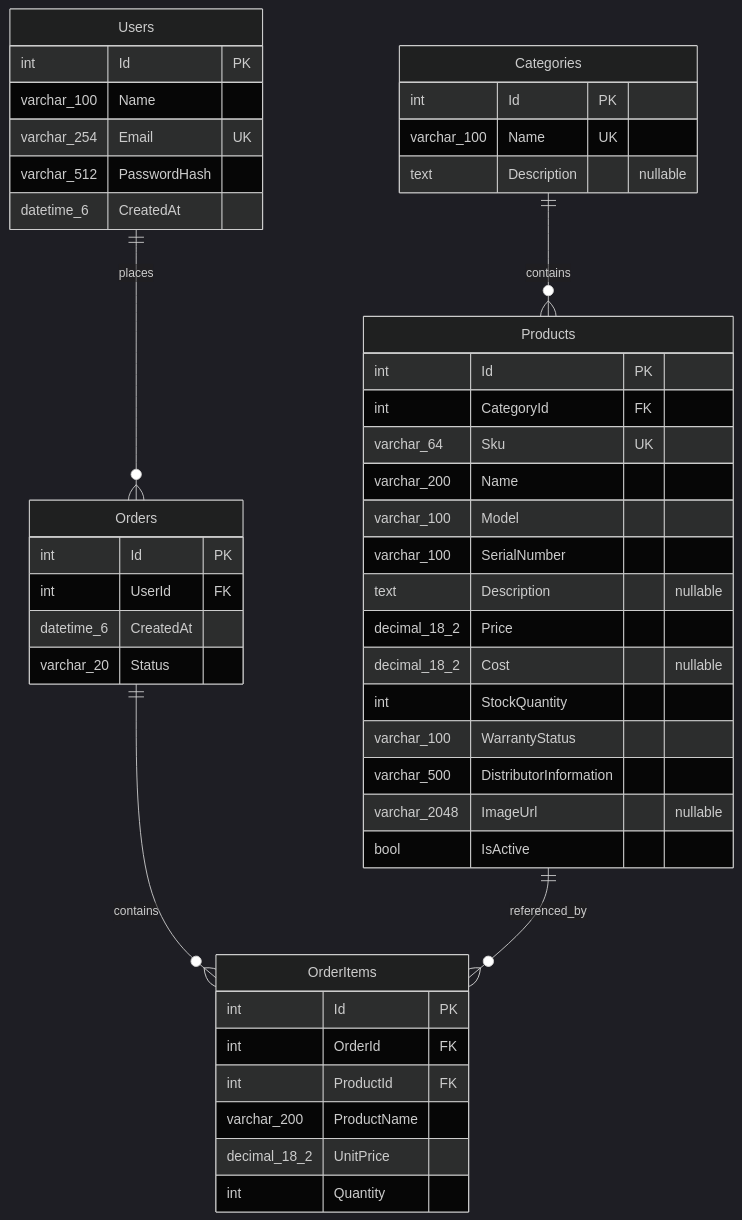
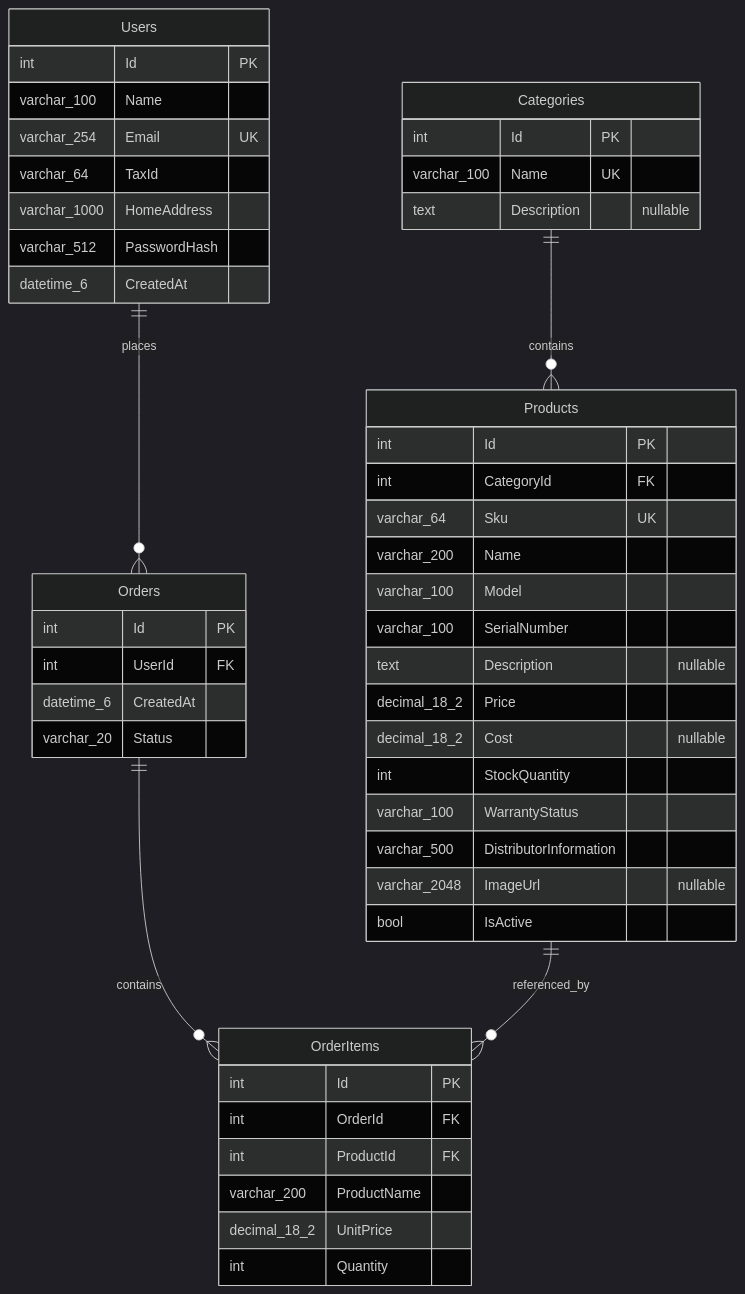
Before and after one commit to efegormus/cs308: the diagram in docs/database-schema.md, drawn with Mermaid (dark theme). The commit also changed other lines of this file and 7 other files, not shown here.

Commit message:
SCRUM-71: Add customer tax ID and home address

````diff
--- a/docs/database-schema.md
+++ b/docs/database-schema.md
@@ -14,49 +14,51 @@
 ```mermaid
 erDiagram
     Categories ||--o{ Products : contains
     Users ||--o{ Orders : places
     Orders ||--o{ OrderItems : contains
     Products ||--o{ OrderItems : referenced_by
     Categories {
         int Id PK
         varchar_100 Name UK
         text Description "nullable"
     }
     Products {
         int Id PK
         int CategoryId FK
         varchar_64 Sku UK
         varchar_200 Name
         varchar_100 Model
         varchar_100 SerialNumber
         text Description "nullable"
         decimal_18_2 Price
         decimal_18_2 Cost "nullable"
         int StockQuantity
         varchar_100 WarrantyStatus
         varchar_500 DistributorInformation
         varchar_2048 ImageUrl "nullable"
         bool IsActive
     }
     Users {
         int Id PK
         varchar_100 Name
         varchar_254 Email UK
+        varchar_64 TaxId
+        varchar_1000 HomeAddress
         varchar_512 PasswordHash
         datetime_6 CreatedAt
     }
     Orders {
         int Id PK
         int UserId FK
         datetime_6 CreatedAt
         varchar_20 Status
     }
     OrderItems {
         int Id PK
         int OrderId FK
         int ProductId FK
         varchar_200 ProductName
         decimal_18_2 UnitPrice
         int Quantity
     }
 ```
````
